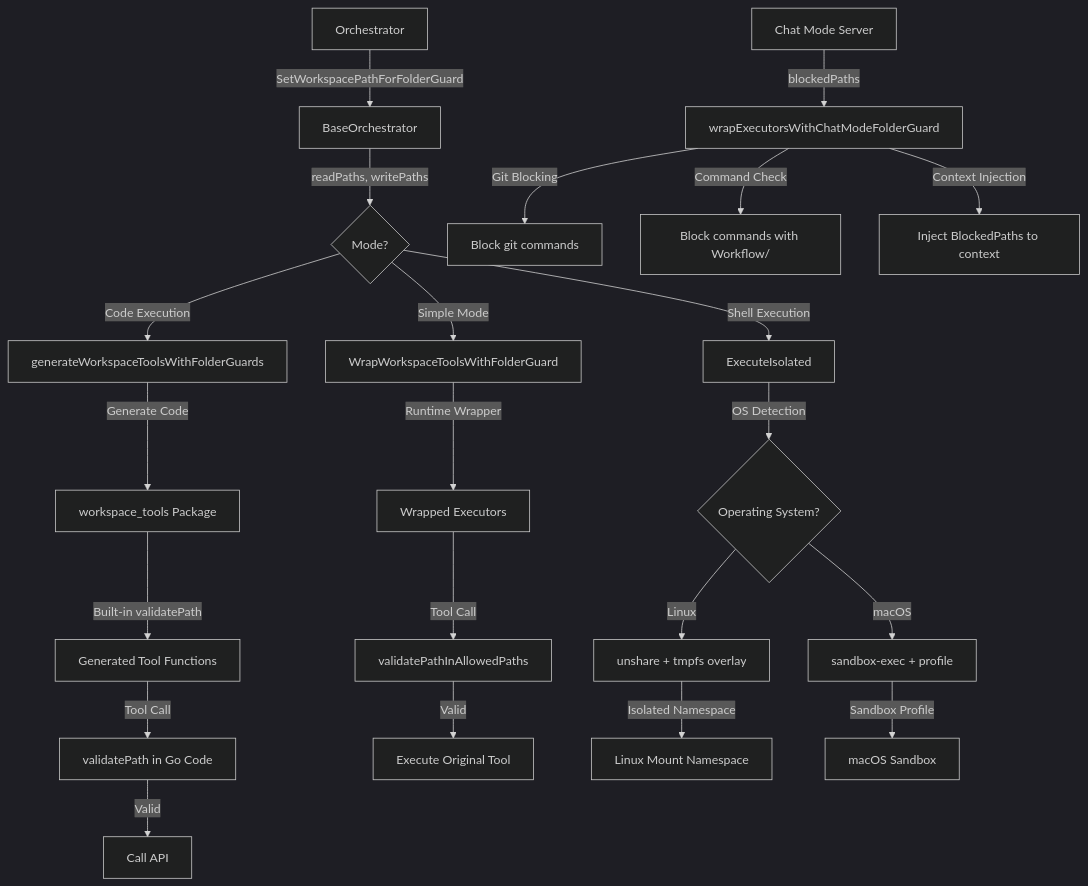
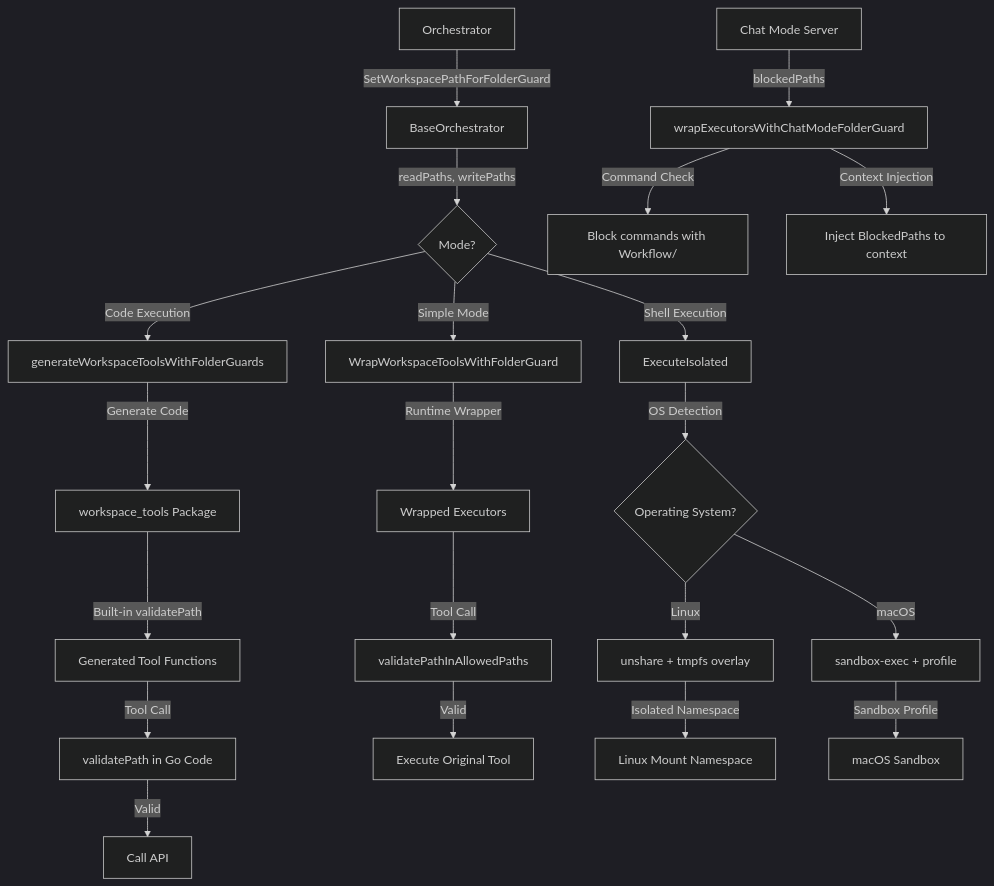
One commit to manishiitg/coding-agent-loop changed the second of 2 diagrams in docs/execution_configuration.md. Above: the diagram before and after it, drawn with Mermaid (dark theme). The commit also changed other lines of this file and 43 other files, not shown here.

````diff
--- a/docs/execution_configuration.md
+++ b/docs/execution_configuration.md
@@ -823,29 +822,28 @@
 ```mermaid
 graph TD
     A[Orchestrator] -->|SetWorkspacePathForFolderGuard| B[BaseOrchestrator]
     B -->|readPaths, writePaths| C{Mode?}
     C -->|Simple Mode| D[WrapWorkspaceToolsWithFolderGuard]
     C -->|Code Execution| E[generateWorkspaceToolsWithFolderGuards]
     C -->|Shell Execution| S[ExecuteIsolated]
 
     CHAT[Chat Mode Server] -->|blockedPaths| WRAP[wrapExecutorsWithChatModeFolderGuard]
-    WRAP -->|Git Blocking| GIT[Block git commands]
     WRAP -->|Command Check| CMD[Block commands with Workflow/]
     WRAP -->|Context Injection| CTX[Inject BlockedPaths to context]
 
     D -->|Runtime Wrapper| F[Wrapped Executors]
     E -->|Generate Code| G[workspace_tools Package]
     G -->|Built-in validatePath| H[Generated Tool Functions]
     S -->|OS Detection| OS{Operating System?}
 
     OS -->|Linux| L[unshare + tmpfs overlay]
     OS -->|macOS| M[sandbox-exec + profile]
 
     F -->|Tool Call| I[validatePathInAllowedPaths]
     H -->|Tool Call| J[validatePath in Go Code]
     I -->|Valid| K[Execute Original Tool]
     J -->|Valid| N[Call API]
 
     L -->|Isolated Namespace| ISO1[Linux Mount Namespace]
     M -->|Sandbox Profile| ISO2[macOS Sandbox]
 ```
````
